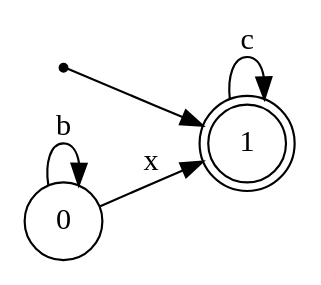
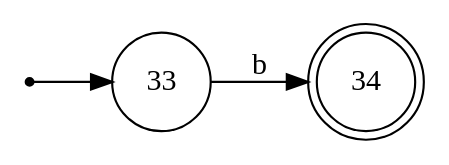
Before and after one commit to AbrahamGarcia240/Compiladores: the diagram in Proyecto1_1/fsm.gv, drawn with Graphviz. The commit also changed 18 other files, not shown here.

```diff
--- a/Proyecto1_1/fsm.gv
+++ b/Proyecto1_1/fsm.gv
@@ -1,8 +1,8 @@
 digraph finite_state_machine {
 rankdir=LR;
 size="8,5"
-node [shape = doublecircle]; 1;
+node [shape = doublecircle]; 34;
 node [shape = point ]; qi;
 node [shape = circle];
-qi -> 1;
-0 -> 0 [label = "b" ];0 -> 1 [label = "x" ];1 -> 1 [label = "c" ];}
+qi -> 33;
+33 -> 34 [ label = "b"] }
```
